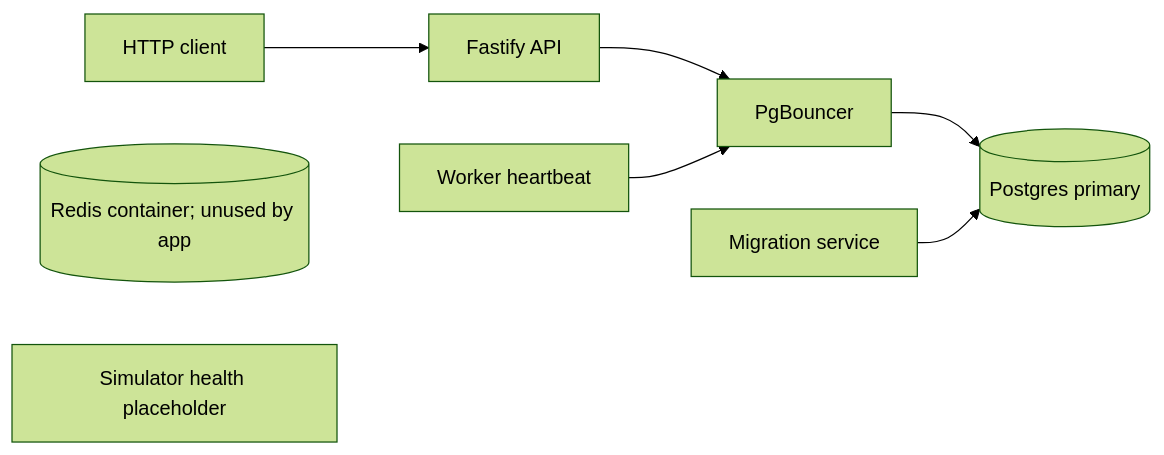
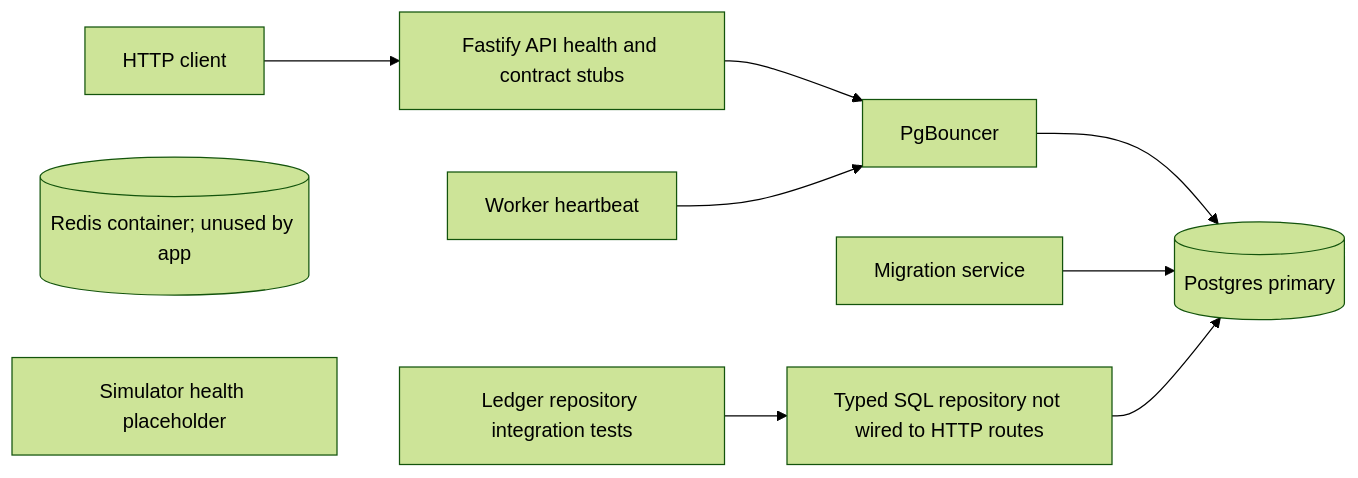
The first of 4 diagrams in docs/architecture.md (CodexEmmzy/OpenLedger), drawn with Mermaid (forest theme) before and after one commit. The commit also changed other lines of this file and 11 other files, not shown here.

First line of the commit message:
feat: implement ledger integration tests and establish accounting structure

````diff
--- a/docs/architecture.md
+++ b/docs/architecture.md
@@ -7,10 +7,12 @@
 ```mermaid
 flowchart LR
-    client[HTTP client] --> api[Fastify API]
+    client[HTTP client] --> api[Fastify API health and contract stubs]
     api --> pool[PgBouncer]
     worker[Worker heartbeat] --> pool
     pool --> db[(Postgres primary)]
     migrate[Migration service] --> db
+    tests[Ledger repository integration tests] --> apiRepo[Typed SQL repository not wired to HTTP routes]
+    apiRepo --> db
     redis[(Redis container; unused by app)]
     simulator[Simulator health placeholder]
 ```
````
